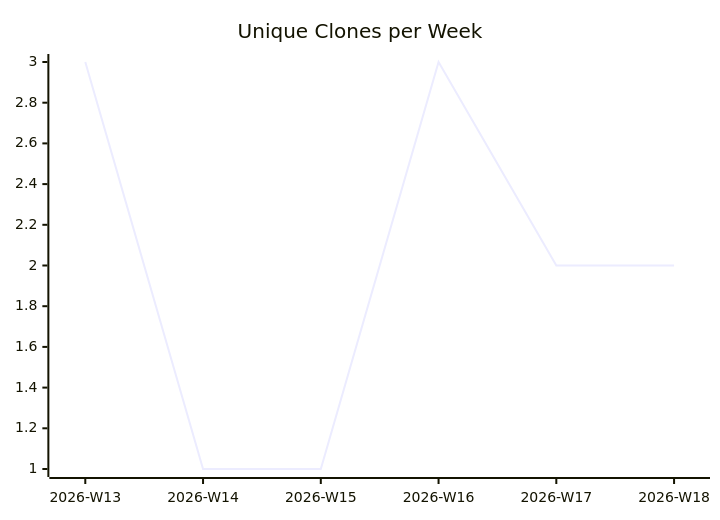
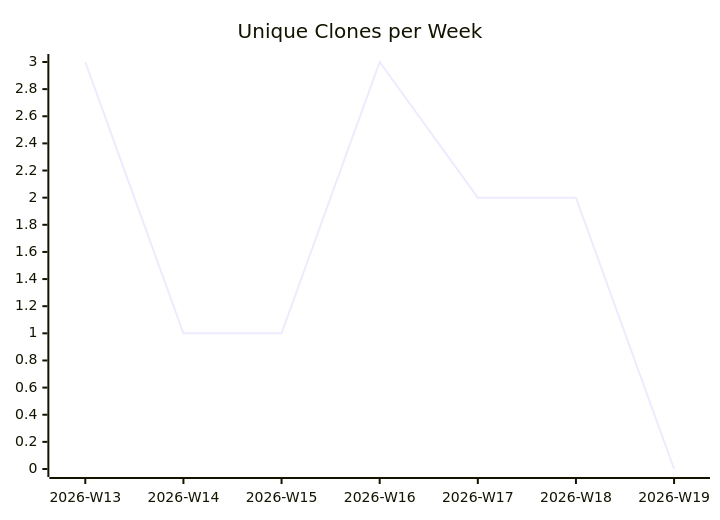
One commit to justdavis-family/github-analytics-data changed the third of 3 diagrams in karlmdavis/perfect-note/README.md. Above: the diagram before and after it, drawn with Mermaid. The commit also changed other lines of this file and 187 other files, not shown here.

````diff
--- a/karlmdavis/perfect-note/README.md
+++ b/karlmdavis/perfect-note/README.md
@@ -19,6 +19,6 @@
 ```mermaid
 xychart-beta
   title "Unique Clones per Week"
-  x-axis ["2026-W13", "2026-W14", "2026-W15", "2026-W16", "2026-W17", "2026-W18"]
-  line [3, 1, 1, 3, 2, 2]
+  x-axis ["2026-W13", "2026-W14", "2026-W15", "2026-W16", "2026-W17", "2026-W18", "2026-W19"]
+  line [3, 1, 1, 3, 2, 2, 0]
 ```
````
